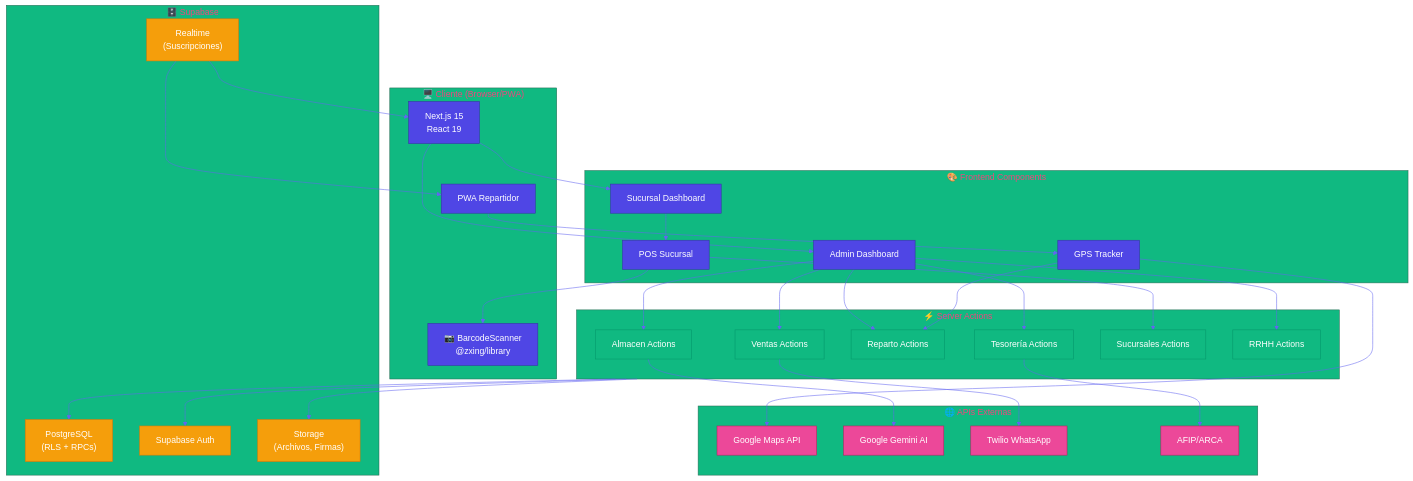
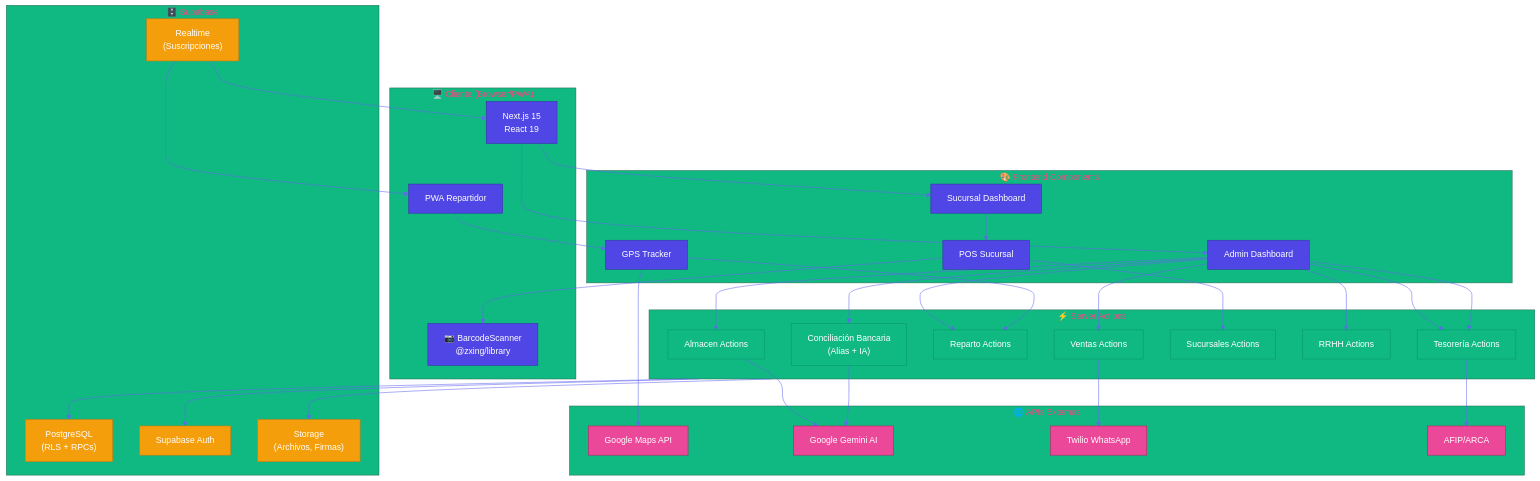
Before and after one commit to jimmycarp966/avicoladelsur: the diagram in docs/diagrams/architecture.mmd, drawn with Mermaid. The commit also changed 17 other files, not shown here.

Commit message:
docs: actualizar architecture_summary + changelog - Feat Alias Bancarios Clientes

```diff
--- a/docs/diagrams/architecture.mmd
+++ b/docs/diagrams/architecture.mmd
@@ -1,77 +1,81 @@
 %%{init: {'theme': 'base', 'themeVariables': { 'primaryColor': '#4F46E5', 'primaryTextColor': '#fff', 'primaryBorderColor': '#3730A3', 'lineColor': '#6366F1', 'secondaryColor': '#F59E0B', 'tertiaryColor': '#10B981'}}}%%
 
 graph TB
     subgraph Cliente["🖥️ Cliente (Browser/PWA)"]
         WebApp["Next.js 15<br/>React 19"]
         PWA["PWA Repartidor"]
         BarcodeScanner["📷 BarcodeScanner<br/>@zxing/library"]
     end
 
     subgraph Frontend["🎨 Frontend Components"]
         AdminDashboard["Admin Dashboard"]
         SucursalDashboard["Sucursal Dashboard"]
         POSSucursal["POS Sucursal"]
         ReptoTracker["GPS Tracker"]
     end
 
     subgraph ServerActions["⚡ Server Actions"]
         AlmacenActions["Almacen Actions"]
         VentasActions["Ventas Actions"]
         RepartoActions["Reparto Actions"]
         TesoreriaActions["Tesorería Actions"]
         SucursalesActions["Sucursales Actions"]
         RRHHActions["RRHH Actions"]
+        ConciliacionActions["Conciliación Bancaria<br/>(Alias + IA)"]
     end
 
     subgraph ExternalAPIs["🌐 APIs Externas"]
         GoogleMaps["Google Maps API"]
         GoogleAI["Google Gemini AI"]
         TwilioWhatsApp["Twilio WhatsApp"]
         AFIPARCA["AFIP/ARCA"]
     end
 
     subgraph Supabase["🗄️ Supabase"]
         Postgres["PostgreSQL<br/>(RLS + RPCs)"]
         Auth["Supabase Auth"]
         Storage["Storage<br/>(Archivos, Firmas)"]
         Realtime["Realtime<br/>(Suscripciones)"]
     end
 
     %% Conexiones
     WebApp --> AdminDashboard
     WebApp --> SucursalDashboard
     PWA --> ReptoTracker
 
     AdminDashboard --> AlmacenActions
     AdminDashboard --> VentasActions
     AdminDashboard --> RepartoActions
     AdminDashboard --> TesoreriaActions
+    AdminDashboard --> TesoreriaActions
     AdminDashboard --> RRHHActions
+    AdminDashboard --> ConciliacionActions
 
     SucursalDashboard --> POSSucursal
     POSSucursal --> BarcodeScanner
     POSSucursal --> SucursalesActions
 
     ReptoTracker --> RepartoActions
     ReptoTracker --> GoogleMaps
 
     ServerActions --> Postgres
     ServerActions --> Auth
     ServerActions --> Storage
 
     AlmacenActions --> GoogleAI
+    ConciliacionActions --> GoogleAI
     VentasActions --> TwilioWhatsApp
     TesoreriaActions --> AFIPARCA
 
     Realtime --> WebApp
     Realtime --> PWA
 
     classDef frontend fill:#4F46E5,stroke:#3730A3,color:white
     classDef backend fill:#10B981,stroke:#059669,color:white
     classDef database fill:#F59E0B,stroke:#D97706,color:white
     classDef external fill:#EC4899,stroke:#BE185D,color:white
     
     class WebApp,PWA,BarcodeScanner frontend
-    class AlmacenActions,VentasActions,RepartoActions,TesoreriaActions,SucursalesActions,RRHHActions backend
+    class AlmacenActions,VentasActions,RepartoActions,TesoreriaActions,SucursalesActions,RRHHActions,ConciliacionActions backend
     class Postgres,Auth,Storage,Realtime database
     class GoogleMaps,GoogleAI,TwilioWhatsApp,AFIPARCA external
```
